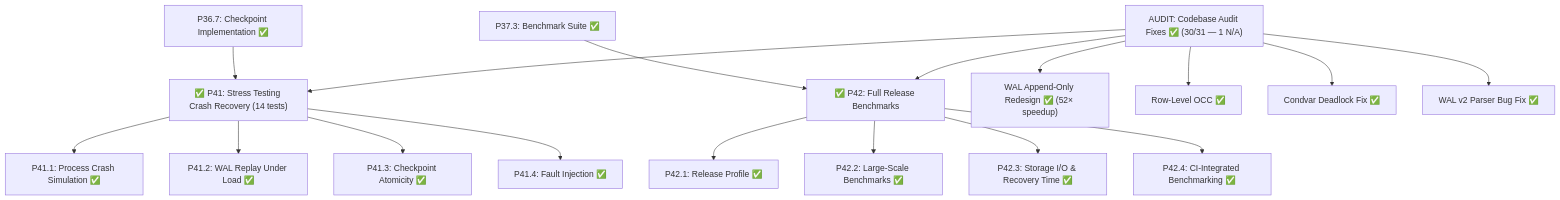
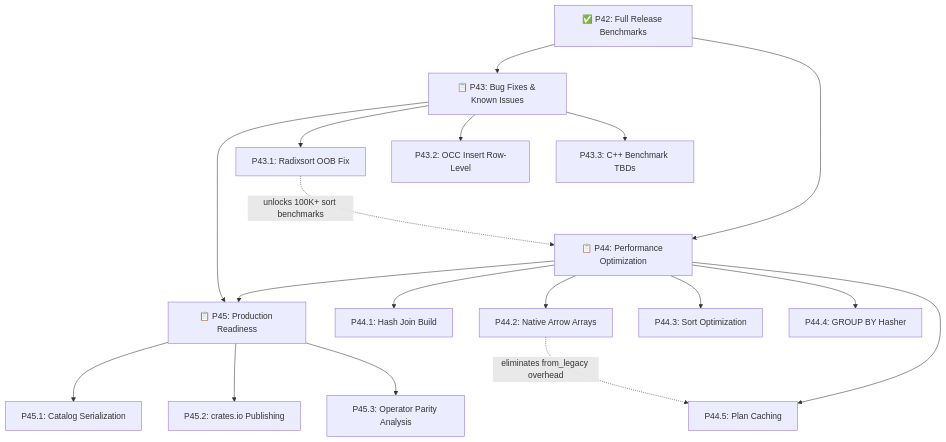
The diagram in akar-core/implementation_plan.md (mlengse/akar), drawn with Mermaid before and after one commit. The commit also changed other lines of this file, not shown here.

Commit message:
feat: add implementation plan for sprints 13-14 focusing on bug fixes and performance optimizations

````diff
--- a/akar-core/implementation_plan.md
+++ b/akar-core/implementation_plan.md
@@ -209,19 +273,24 @@
 ```mermaid
 graph TD
-    P36_7["P36.7: Checkpoint Implementation ✅"] --> P41["✅ P41: Stress Testing Crash Recovery (14 tests)"]
-    P37_3["P37.3: Benchmark Suite ✅"] --> P42["✅ P42: Full Release Benchmarks"]
-    AUDIT["AUDIT: Codebase Audit Fixes ✅ (30/31 — 1 N/A)"] --> P41
-    AUDIT --> P42
-    P41 --> P41_1["P41.1: Process Crash Simulation ✅"]
-    P41 --> P41_2["P41.2: WAL Replay Under Load ✅"]
-    P41 --> P41_3["P41.3: Checkpoint Atomicity ✅"]
-    P41 --> P41_4["P41.4: Fault Injection ✅"]
-    P42 --> P42_1["P42.1: Release Profile ✅"]
-    P42 --> P42_2["P42.2: Large-Scale Benchmarks ✅"]
-    P42 --> P42_3["P42.3: Storage I/O & Recovery Time ✅"]
-    P42 --> P42_4["P42.4: CI-Integrated Benchmarking ✅"]
-    AUDIT --> WAL["WAL Append-Only Redesign ✅ (52× speedup)"]
-    AUDIT --> OCC["Row-Level OCC ✅"]
-    AUDIT --> CONDVAR["Condvar Deadlock Fix ✅"]
-    AUDIT --> PARSER["WAL v2 Parser Bug Fix ✅"]
+    P42["✅ P42: Full Release Benchmarks"] --> P43["📋 P43: Bug Fixes & Known Issues"]
+    P42 --> P44["📋 P44: Performance Optimization"]
+    P43 --> P45["📋 P45: Production Readiness"]
+    P44 --> P45
+
+    P43 --> P43_1["P43.1: Radixsort OOB Fix"]
+    P43 --> P43_2["P43.2: OCC Insert Row-Level"]
+    P43 --> P43_3["P43.3: C++ Benchmark TBDs"]
+
+    P44 --> P44_1["P44.1: Hash Join Build"]
+    P44 --> P44_2["P44.2: Native Arrow Arrays"]
+    P44 --> P44_3["P44.3: Sort Optimization"]
+    P44 --> P44_4["P44.4: GROUP BY Hasher"]
+    P44 --> P44_5["P44.5: Plan Caching"]
+
+    P45 --> P45_1["P45.1: Catalog Serialization"]
+    P45 --> P45_2["P45.2: crates.io Publishing"]
+    P45 --> P45_3["P45.3: Operator Parity Analysis"]
+
+    P43_1 -.->|"unlocks 100K+ sort benchmarks"| P44
+    P44_2 -.->|"eliminates from_legacy overhead"| P44_5
 ```
````
